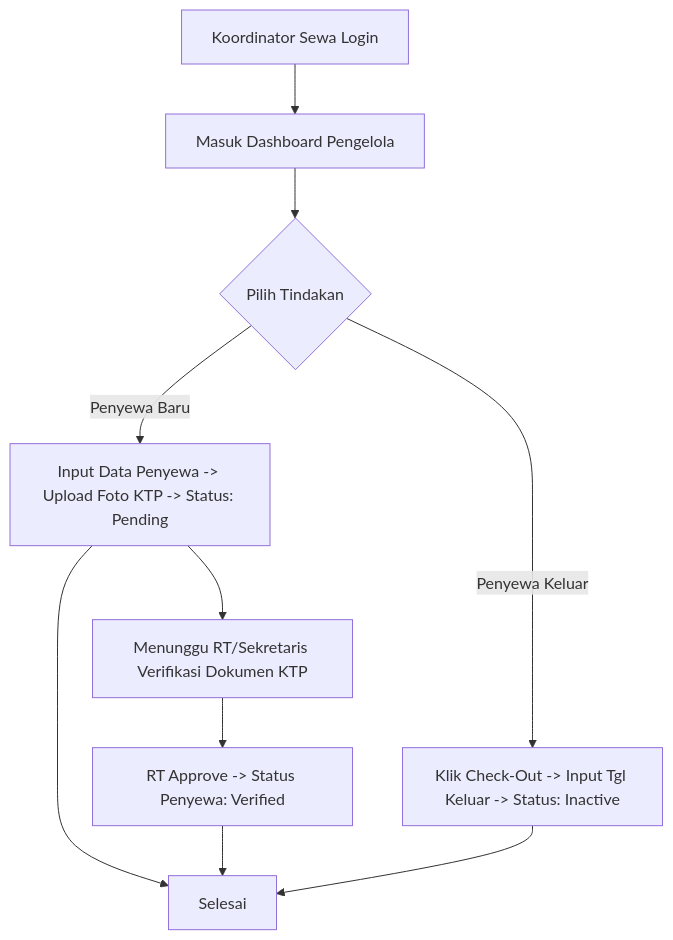
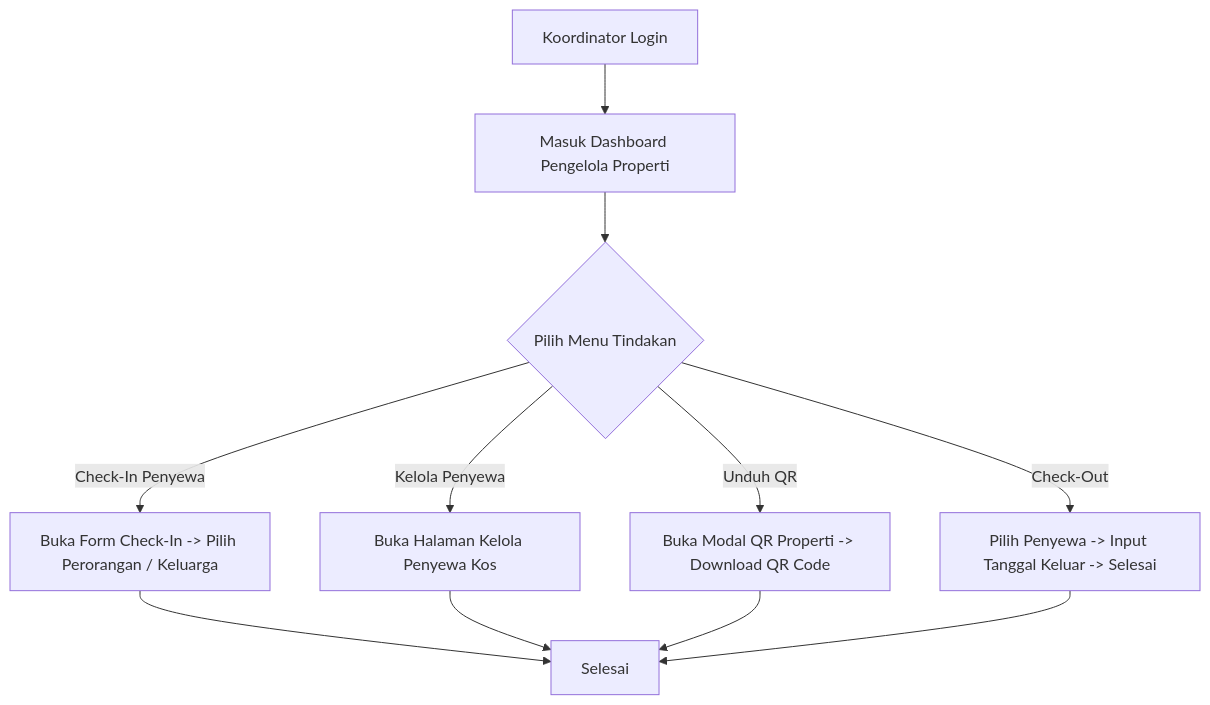
The first of 4 diagrams in docs/roles/koordinator_kos.md (Araihan413/wargaku), drawn with Mermaid before and after one commit. The commit also changed other lines of this file and 24 other files, not shown here.

````diff
--- a/docs/roles/koordinator_kos.md
+++ b/docs/roles/koordinator_kos.md
@@ -89,14 +72,15 @@
 ```mermaid
 flowchart TD
-    A[Koordinator Sewa Login] --> B[Masuk Dashboard Pengelola]
-    B --> C{Pilih Tindakan}
+    A[Koordinator Login] --> B[Masuk Dashboard Pengelola Properti]
+    B --> C{Pilih Menu Tindakan}
     
-    C -->|Penyewa Baru| E[Input Data Penyewa -> Upload Foto KTP -> Status: Pending]
-    E --> F[Menunggu RT/Sekretaris Verifikasi Dokumen KTP]
-    F --> G[RT Approve -> Status Penyewa: Verified]
-    C -->|Penyewa Keluar| H[Klik Check-Out -> Input Tgl Keluar -> Status: Inactive]
+    C -->|Check-In Penyewa| D[Buka Form Check-In -> Pilih Perorangan / Keluarga]
+    C -->|Kelola Penyewa| E[Buka Halaman Kelola Penyewa Kos]
+    C -->|Unduh QR| F[Buka Modal QR Properti -> Download QR Code]
+    C -->|Check-Out| G[Pilih Penyewa -> Input Tanggal Keluar -> Selesai]
     
-    E --> I[Selesai]
-    G --> I
-    H --> I
+    D --> H[Selesai]
+    E --> H
+    F --> H
+    G --> H
 ```
````
